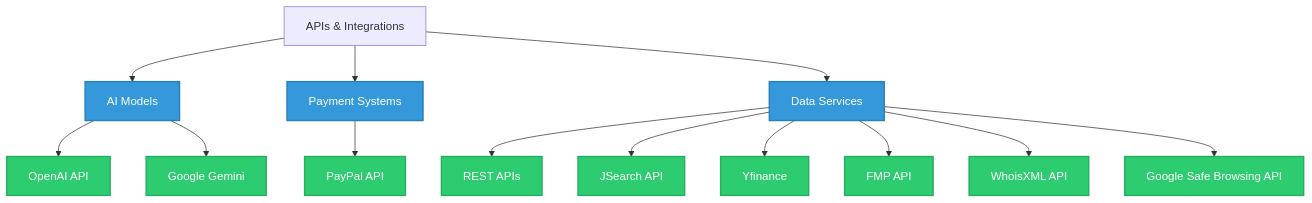
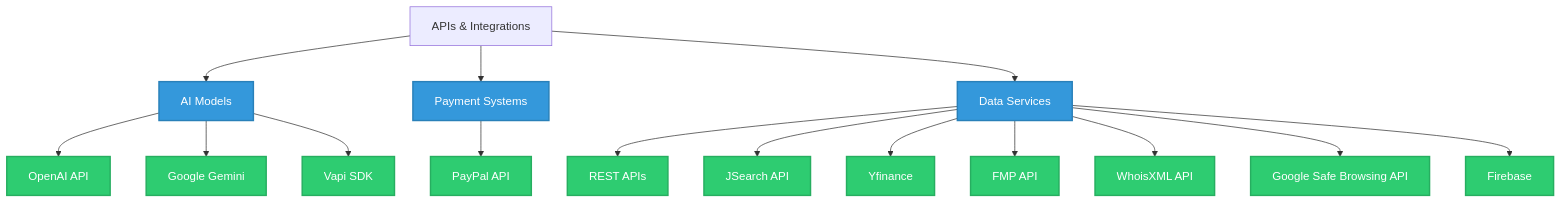
Before and after one commit to AlexanderPotiagalov/AlexanderPotiagalov: the diagram in README.md, drawn with Mermaid.

Commit message:
Added Firebase & Vapi SDK to README

````diff
--- a/README.md
+++ b/README.md
@@ -128,24 +128,26 @@
 ```mermaid
 graph TD
     A[APIs & Integrations] --> B[AI Models]
     A --> C[Payment Systems]
     A --> D[Data Services]
-    
+
     B --> B1[OpenAI API]
     B --> B2[Google Gemini]
-    
+    B --> B3[Vapi SDK]
+
     C --> C1[PayPal API]
-    
+
     D --> D1[REST APIs]
     D --> D2[JSearch API]
     D --> D3[Yfinance]
     D --> D4[FMP API]
     D --> D5[WhoisXML API]
     D --> D6[Google Safe Browsing API]
-    
+    D --> D7[Firebase]
+
     classDef apiNode fill:#3498db,stroke:#2980b9,stroke-width:2px,color:white;
     class B,C,D apiNode;
-    
+
     classDef serviceNode fill:#2ecc71,stroke:#27ae60,stroke-width:2px,color:white;
-    class B1,B2,C1,D1,D2,D3,D4,D5,D6 serviceNode;
+    class B1,B2,B3,C1,D1,D2,D3,D4,D5,D6,D7 serviceNode;
 ```
````
